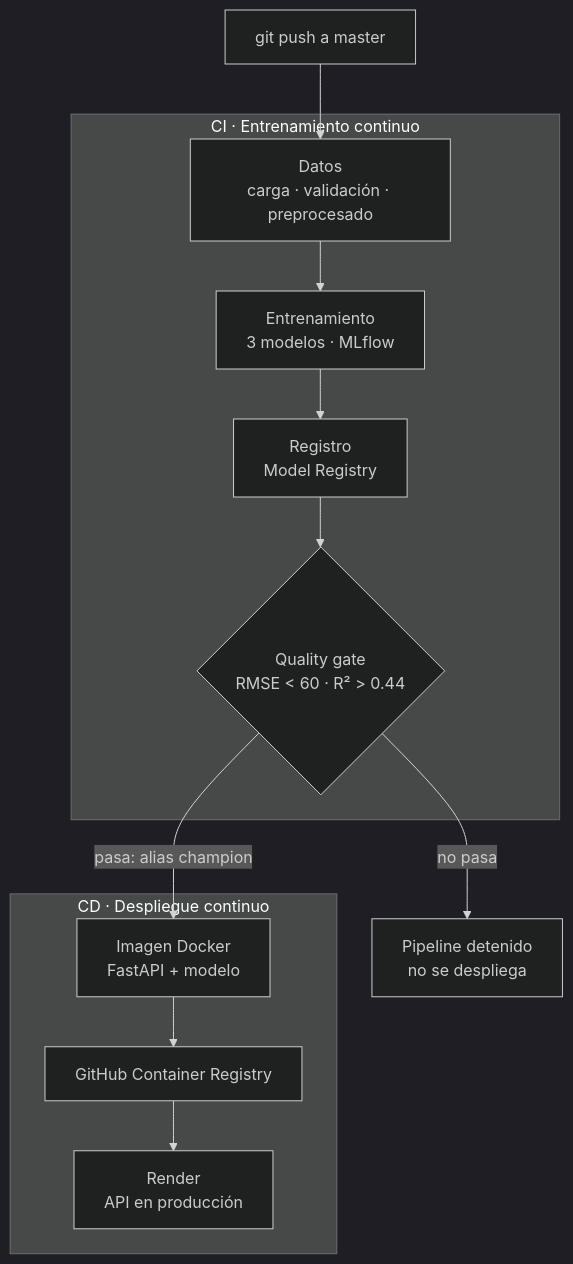
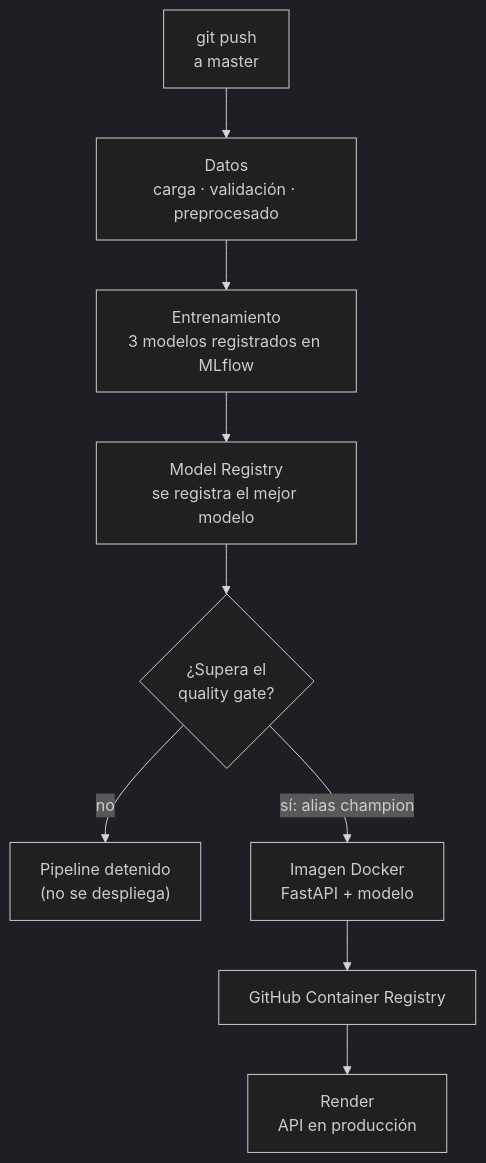
One commit to juan1639/Portfolio_data_science changed the diagram in proyectos/mlops.qmd. Above: the diagram before and after it, drawn with Mermaid (dark theme). The commit also changed 3 other files, not shown here.

Commit message:
Arreglado diagrama MLOps

````diff
--- a/proyectos/mlops.qmd
+++ b/proyectos/mlops.qmd
@@ -41,18 +41,11 @@
 ```{mermaid}
 flowchart TD
-    A["git push a master"] --> B
-
-    subgraph CI ["CI · Entrenamiento continuo"]
-        B["Datos<br/>carga · validación · preprocesado"] --> C["Entrenamiento<br/>3 modelos · MLflow"]
-        C --> D["Registro<br/>Model Registry"]
-        D --> E{"Quality gate<br/>RMSE < 60 · R² > 0.44"}
-    end
-
-    E -- "no pasa" --> X["Pipeline detenido<br/>no se despliega"]
-    E -- "pasa: alias champion" --> F
-
-    subgraph CD ["CD · Despliegue continuo"]
-        F["Imagen Docker<br/>FastAPI + modelo"] --> G["GitHub Container Registry"]
-        G --> H["Render<br/>API en producción"]
-    end
+    A["git push<br/>a master"] --> B["Datos<br/>carga · validación · preprocesado"]
+    B --> C["Entrenamiento<br/>3 modelos registrados en MLflow"]
+    C --> D["Model Registry<br/>se registra el mejor modelo"]
+    D --> E{"¿Supera el<br/>quality gate?"}
+    E -- "no" --> X["Pipeline detenido<br/>(no se despliega)"]
+    E -- "sí: alias champion" --> F["Imagen Docker<br/>FastAPI + modelo"]
+    F --> G["GitHub Container Registry"]
+    G --> H["Render<br/>API en producción"]
 ```
````
